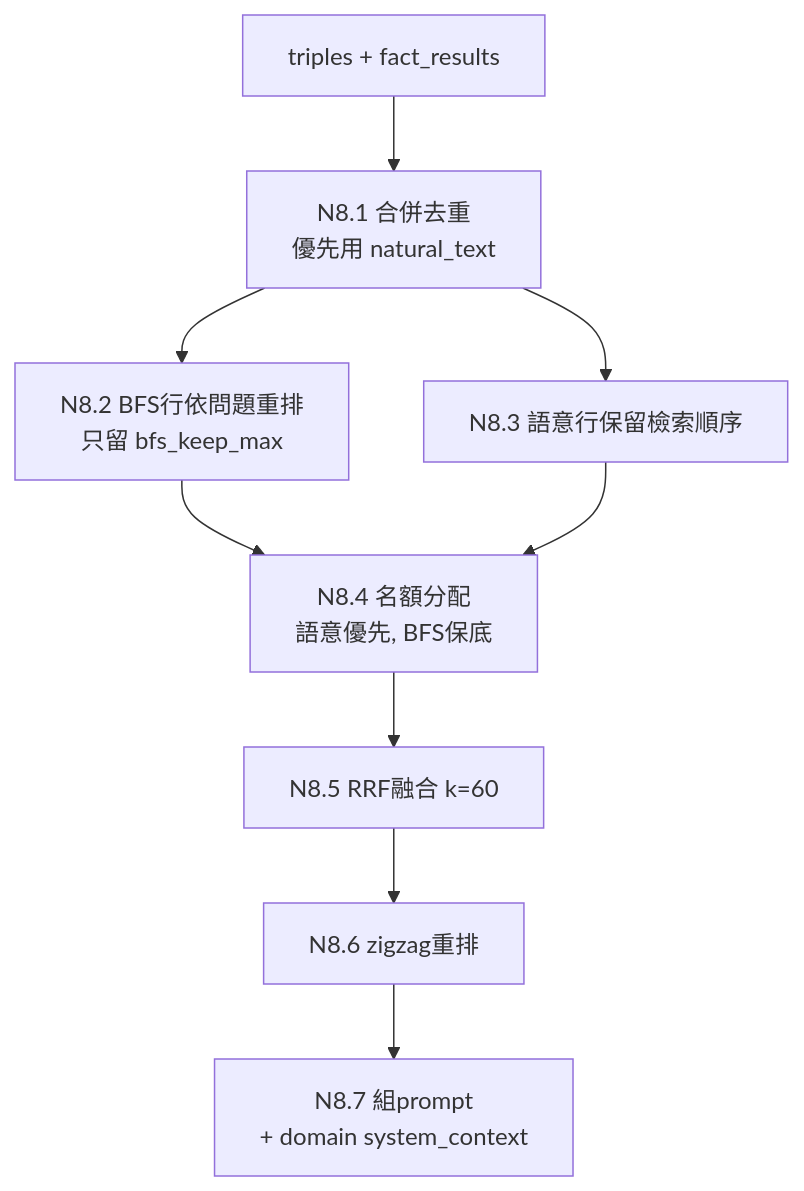
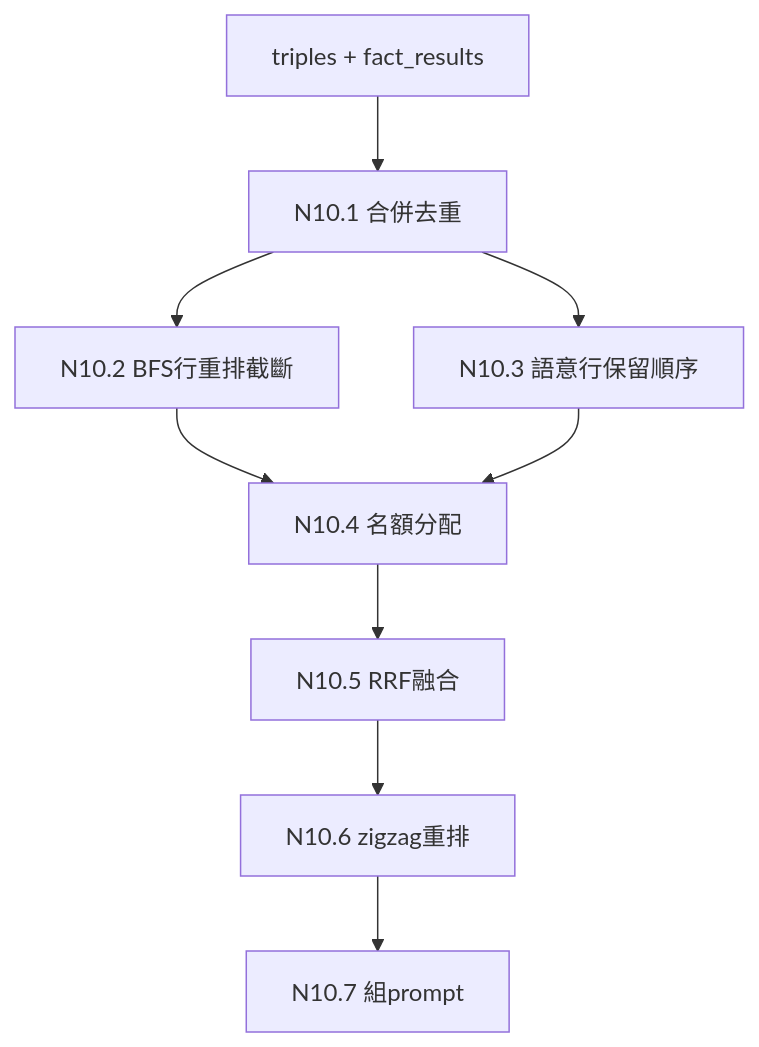
One commit to Chester930/world-knowledge-graph-rag changed the tenth of 12 diagrams in docs/報告/95_專案節點流程總覽與設計說明.md. Above: the diagram before and after it, drawn with Mermaid. The commit also changed other lines of this file and 1 other file, not shown here.

````diff
--- a/docs/報告/95_專案節點流程總覽與設計說明.md
+++ b/docs/報告/95_專案節點流程總覽與設計說明.md
@@ -318,8 +392,7 @@
 ```mermaid
 flowchart TD
-    IN["triples + fact_results"] --> M["N8.1 合併去重<br/>優先用 natural_text"]
-    M --> B["N8.2 BFS行依問題重排<br/>只留 bfs_keep_max"]
-    M --> S["N8.3 語意行保留檢索順序"]
-    B & S --> SL["N8.4 名額分配<br/>語意優先, BFS保底"]
-    SL --> RRF["N8.5 RRF融合 k=60"] --> Z["N8.6 zigzag重排"] --> P["N8.7 組prompt<br/>+ domain system_context"]
+    IN["triples + fact_results"] --> M["N10.1 合併去重"]
+    M --> B["N10.2 BFS行重排截斷"]
+    M --> S["N10.3 語意行保留順序"]
+    B & S --> SL["N10.4 名額分配"] --> RRF["N10.5 RRF融合"] --> Z["N10.6 zigzag重排"] --> P["N10.7 組prompt"]
 ```
````
